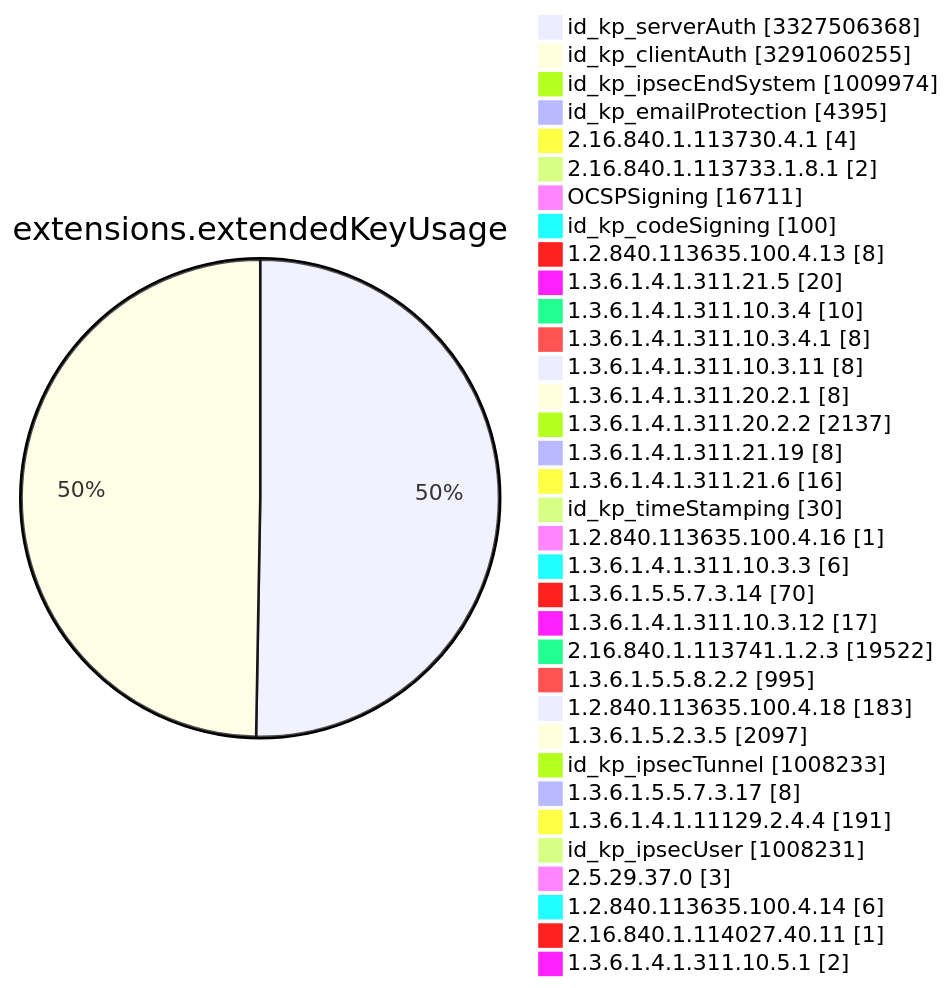
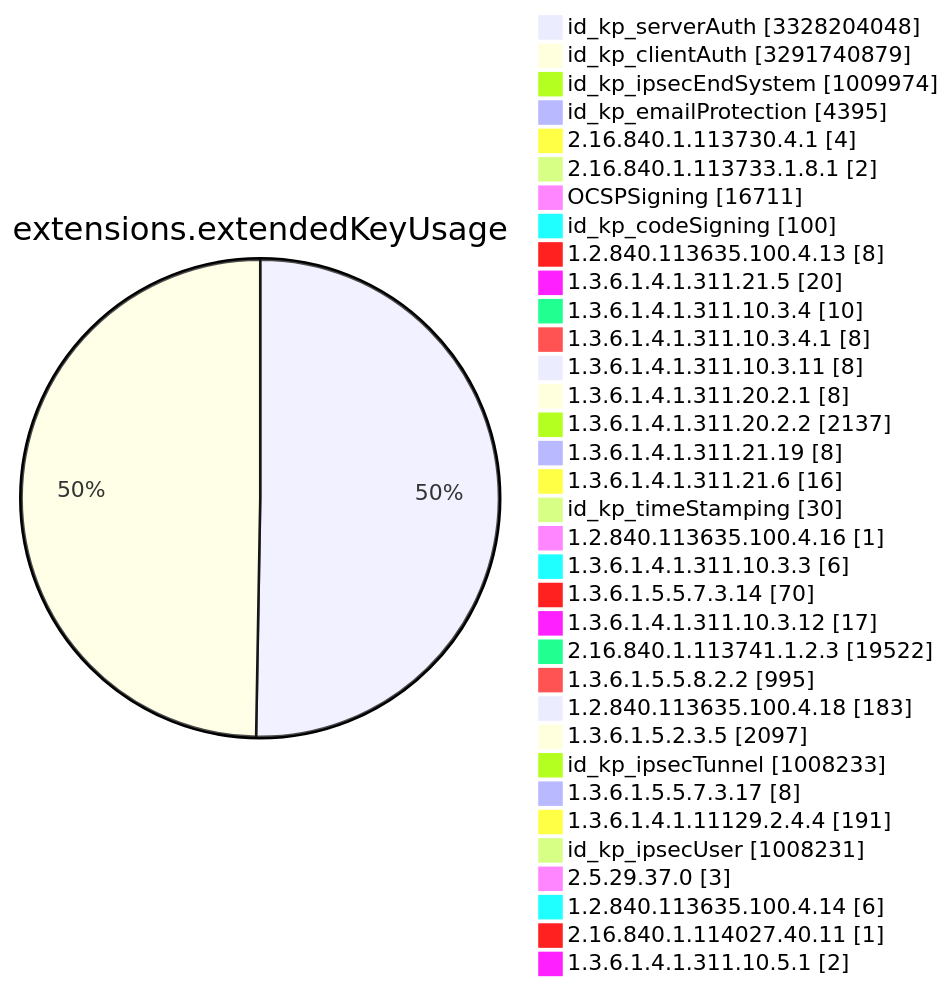
One commit to christiankrug/ctmonitor_visualization changed diagram 11 of 15 in TOTAL/README.md. Above: the diagram before and after it, drawn with Mermaid. The commit also changed other lines of this file, not shown here.

````diff
--- a/TOTAL/README.md
+++ b/TOTAL/README.md
@@ -4120,38 +4120,38 @@
 ```mermaid
 pie showData
 title extensions.extendedKeyUsage
-"id_kp_serverAuth" :3327506368
-"id_kp_clientAuth" :3291060255
+"id_kp_serverAuth" :3328204048
+"id_kp_clientAuth" :3291740879
 "id_kp_ipsecEndSystem" :1009974
 "id_kp_emailProtection" :4395
 "2.16.840.1.113730.4.1" :4
 "2.16.840.1.113733.1.8.1" :2
 "OCSPSigning" :16711
 "id_kp_codeSigning" :100
 "1.2.840.113635.100.4.13" :8
 "1.3.6.1.4.1.311.21.5" :20
 "1.3.6.1.4.1.311.10.3.4" :10
 "1.3.6.1.4.1.311.10.3.4.1" :8
 "1.3.6.1.4.1.311.10.3.11" :8
 "1.3.6.1.4.1.311.20.2.1" :8
 "1.3.6.1.4.1.311.20.2.2" :2137
 "1.3.6.1.4.1.311.21.19" :8
 "1.3.6.1.4.1.311.21.6" :16
 "id_kp_timeStamping" :30
 "1.2.840.113635.100.4.16" :1
 "1.3.6.1.4.1.311.10.3.3" :6
 "1.3.6.1.5.5.7.3.14" :70
 "1.3.6.1.4.1.311.10.3.12" :17
 "2.16.840.1.113741.1.2.3" :19522
 "1.3.6.1.5.5.8.2.2" :995
 "1.2.840.113635.100.4.18" :183
 "1.3.6.1.5.2.3.5" :2097
 "id_kp_ipsecTunnel" :1008233
 "1.3.6.1.5.5.7.3.17" :8
 "1.3.6.1.4.1.11129.2.4.4" :191
 "id_kp_ipsecUser" :1008231
 "2.5.29.37.0" :3
 "1.2.840.113635.100.4.14" :6
 "2.16.840.1.114027.40.11" :1
 "1.3.6.1.4.1.311.10.5.1" :2
 ```
````
